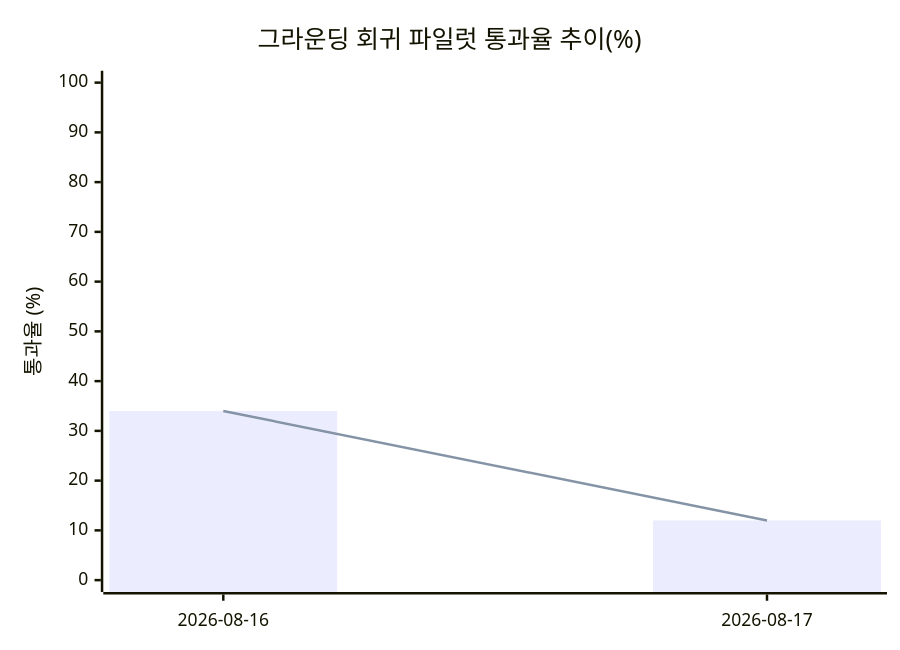
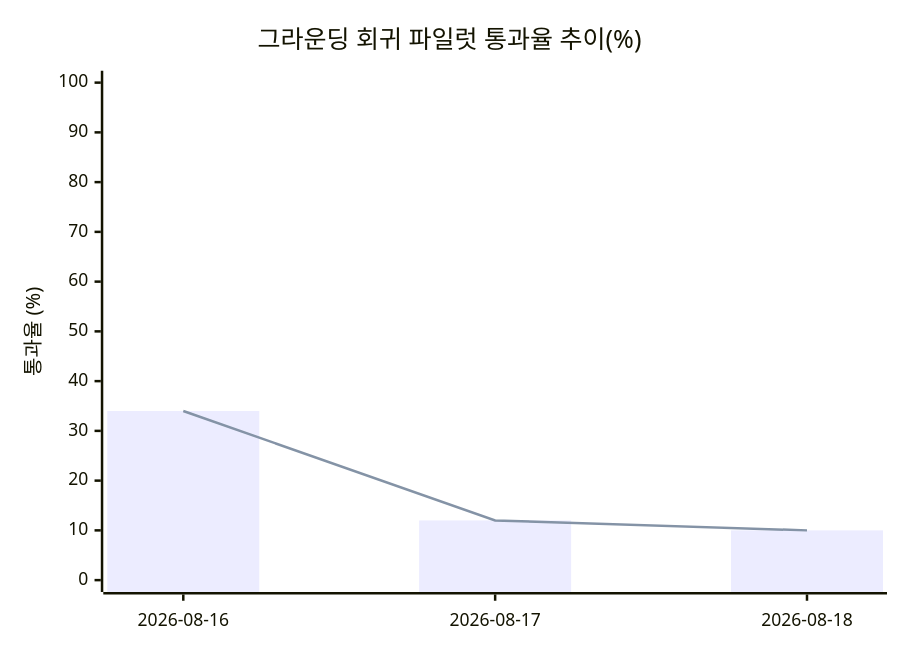
The third of 3 diagrams in README.md (Alpha-pick00/Alpha-pick00.github.io), drawn with Mermaid before and after one commit. The commit also changed other lines of this file and 3 other files, not shown here.

````diff
--- a/README.md
+++ b/README.md
@@ -321,8 +322,8 @@
 ```mermaid
 xychart-beta
     title "그라운딩 회귀 파일럿 통과율 추이(%)"
-    x-axis ["2026-08-16", "2026-08-17"]
+    x-axis ["2026-08-16", "2026-08-17", "2026-08-18"]
     y-axis "통과율 (%)" 0 --> 100
-    bar [34, 12]
-    line [34, 12]
+    bar [34, 12, 10]
+    line [34, 12, 10]
 ```
````
